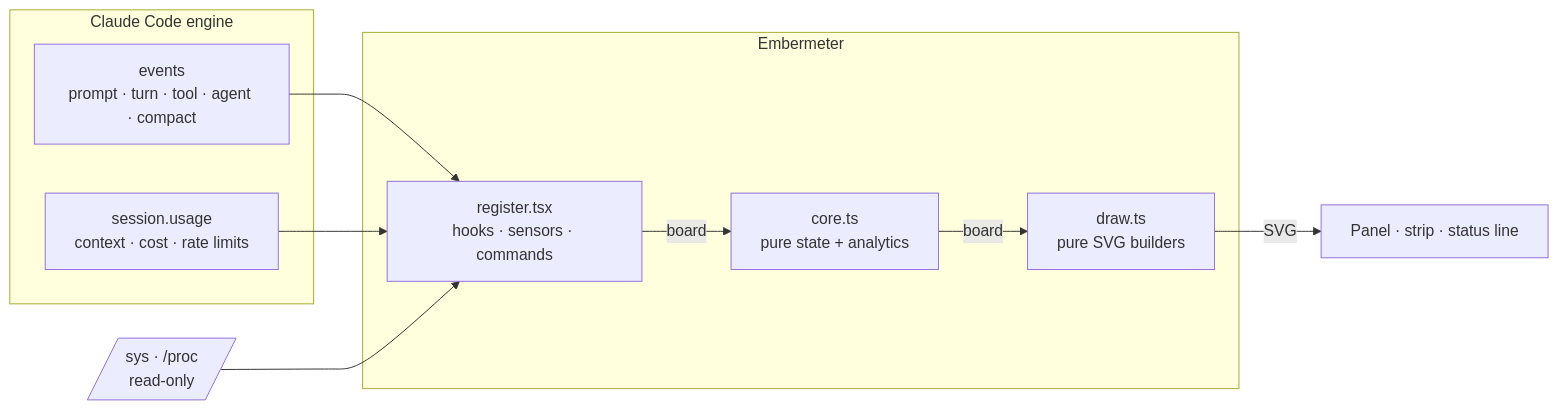
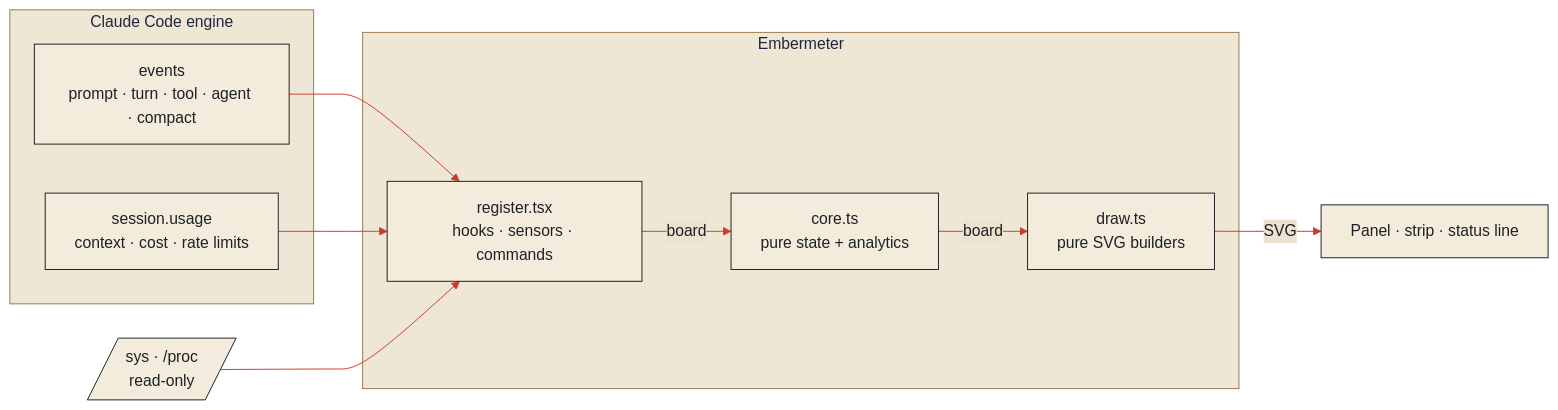
Before and after one commit to Vamsi-2581/embermeter: the diagram in README.md, drawn with Mermaid. The commit also changed other lines of this file, not shown here.

First line of the commit message:
docs: document the new instruments, the spend tab and the washi theme

````diff
--- a/README.md
+++ b/README.md
@@ -226,19 +234,20 @@
 ```mermaid
+%%{init: {'theme': 'base', 'themeVariables': {'background': '#ebe2cf', 'primaryColor': '#f3ecdd', 'primaryTextColor': '#1d2124', 'primaryBorderColor': '#1d2124', 'lineColor': '#cc3b2e', 'secondaryColor': '#ebe2cf', 'tertiaryColor': '#e2d7c1', 'clusterBkg': '#efe7d6', 'clusterBorder': '#97794c', 'fontFamily': 'Georgia, serif'}}}%%
 flowchart LR
   subgraph CC[Claude Code engine]
     E[events<br/>prompt · turn · tool · agent · compact]
     U[session.usage<br/>context · cost · rate limits]
   end
   subgraph EM[Embermeter]
     R[register.tsx<br/>hooks · sensors · commands]
     C[core.ts<br/>pure state + analytics]
     D[draw.ts<br/>pure SVG builders]
   end
   S[/sys · /proc<br/>read-only/]
   E --> R
   U --> R
   S --> R
   R -->|board| C
   C -->|board| D
   D -->|SVG| P[Panel · strip · status line]
 ```
````
